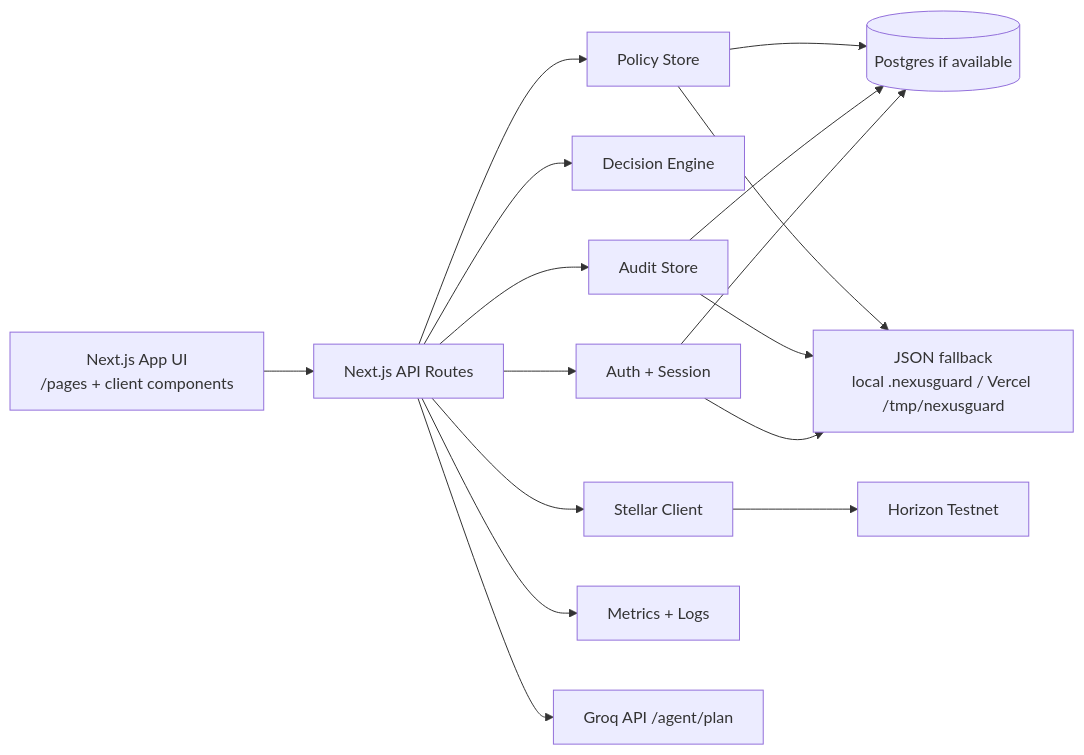
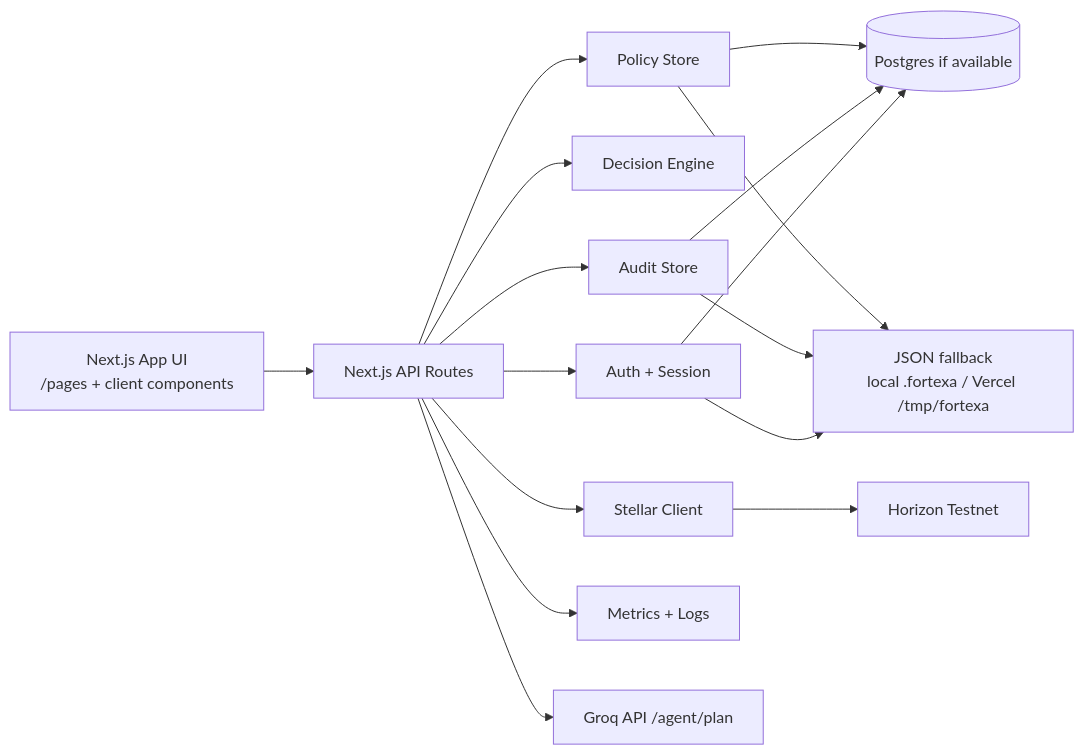
Before and after one commit to Nexusopen-source/nexusguard: the first of 6 diagrams in ARCHITECTURE.md, drawn with Mermaid. The commit also changed other lines of this file and 93 other files, not shown here.

````diff
--- a/ARCHITECTURE.md
+++ b/ARCHITECTURE.md
@@ -37,22 +37,22 @@
 ```mermaid
 flowchart LR
   UI[Next.js App UI\n/pages + client components] --> API[Next.js API Routes]
 
   API --> AUTH[Auth + Session]
   API --> DEC[Decision Engine]
   API --> POL[Policy Store]
   API --> AUD[Audit Store]
   API --> STELLAR[Stellar Client]
   API --> OBS[Metrics + Logs]
 
   POL --> DB[(Postgres if available)]
   AUD --> DB
   AUTH --> DB
 
-  POL --> FILE[JSON fallback\nlocal .nexusguard / Vercel /tmp/nexusguard]
+  POL --> FILE[JSON fallback\nlocal .fortexa / Vercel /tmp/fortexa]
   AUD --> FILE
   AUTH --> FILE
 
   STELLAR --> HZN[Horizon Testnet]
   API --> GROQ[Groq API /agent/plan]
 ```
````
